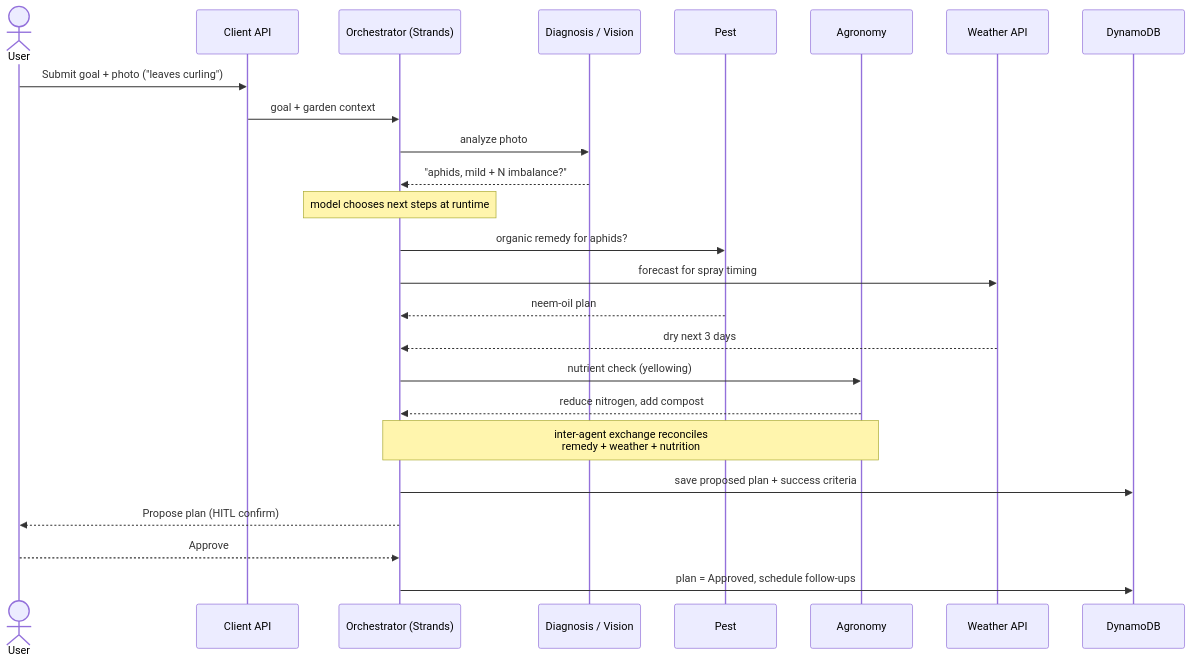
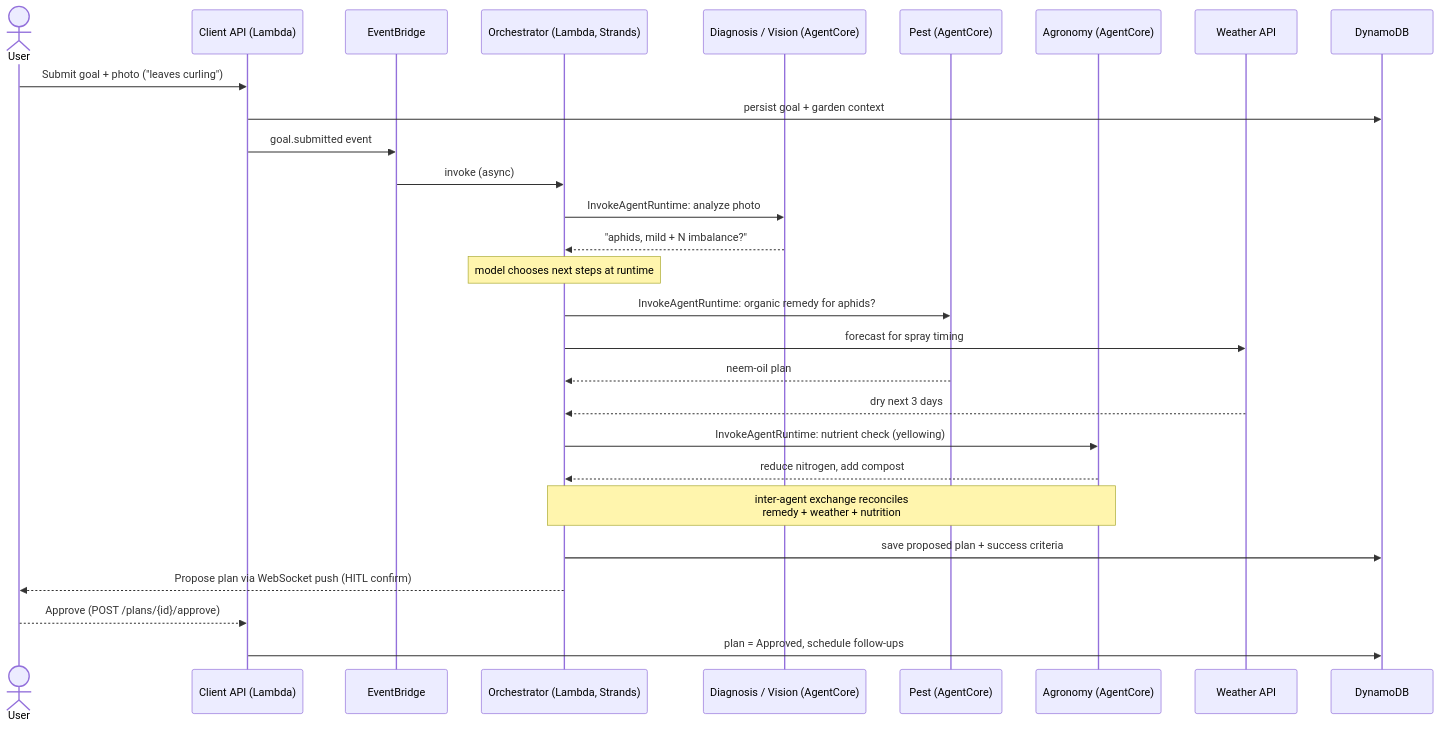
One commit to prashant-baj/tendril changed the seventh of 9 diagrams in docs/architecture/architecture.md. Above: the diagram before and after it, drawn with Mermaid. The commit also changed other lines of this file and 7 other files, not shown here.

Commit message:
docs: update architecture ADRs to reflect new async orchestrator design and declarative agent registry; add OpenAPI contract for Client API

````diff
--- a/docs/architecture/architecture.md
+++ b/docs/architecture/architecture.md
@@ -276,27 +328,30 @@
 ```mermaid
 sequenceDiagram
   actor User
-  participant API as Client API
-  participant Orch as Orchestrator (Strands)
-  participant Diag as Diagnosis / Vision
-  participant Pest as Pest
-  participant Agro as Agronomy
+  participant API as Client API (Lambda)
+  participant EB as EventBridge
+  participant Orch as Orchestrator (Lambda, Strands)
+  participant Diag as Diagnosis / Vision (AgentCore)
+  participant Pest as Pest (AgentCore)
+  participant Agro as Agronomy (AgentCore)
   participant Wx as Weather API
   participant State as DynamoDB
   User->>API: Submit goal + photo ("leaves curling")
-  API->>Orch: goal + garden context
-  Orch->>Diag: analyze photo
+  API->>State: persist goal + garden context
+  API->>EB: goal.submitted event
+  EB->>Orch: invoke (async)
+  Orch->>Diag: InvokeAgentRuntime: analyze photo
   Diag-->>Orch: "aphids, mild + N imbalance?"
   Note over Orch: model chooses next steps at runtime
-  Orch->>Pest: organic remedy for aphids?
+  Orch->>Pest: InvokeAgentRuntime: organic remedy for aphids?
   Orch->>Wx: forecast for spray timing
   Pest-->>Orch: neem-oil plan
   Wx-->>Orch: dry next 3 days
-  Orch->>Agro: nutrient check (yellowing)
+  Orch->>Agro: InvokeAgentRuntime: nutrient check (yellowing)
   Agro-->>Orch: reduce nitrogen, add compost
   Note over Orch,Agro: inter-agent exchange reconciles<br/>remedy + weather + nutrition
   Orch->>State: save proposed plan + success criteria
-  Orch-->>User: Propose plan (HITL confirm)
-  User-->>Orch: Approve
-  Orch->>State: plan = Approved, schedule follow-ups
+  Orch-->>User: Propose plan via WebSocket push (HITL confirm)
+  User-->>API: Approve (POST /plans/{id}/approve)
+  API->>State: plan = Approved, schedule follow-ups
 ```
````
